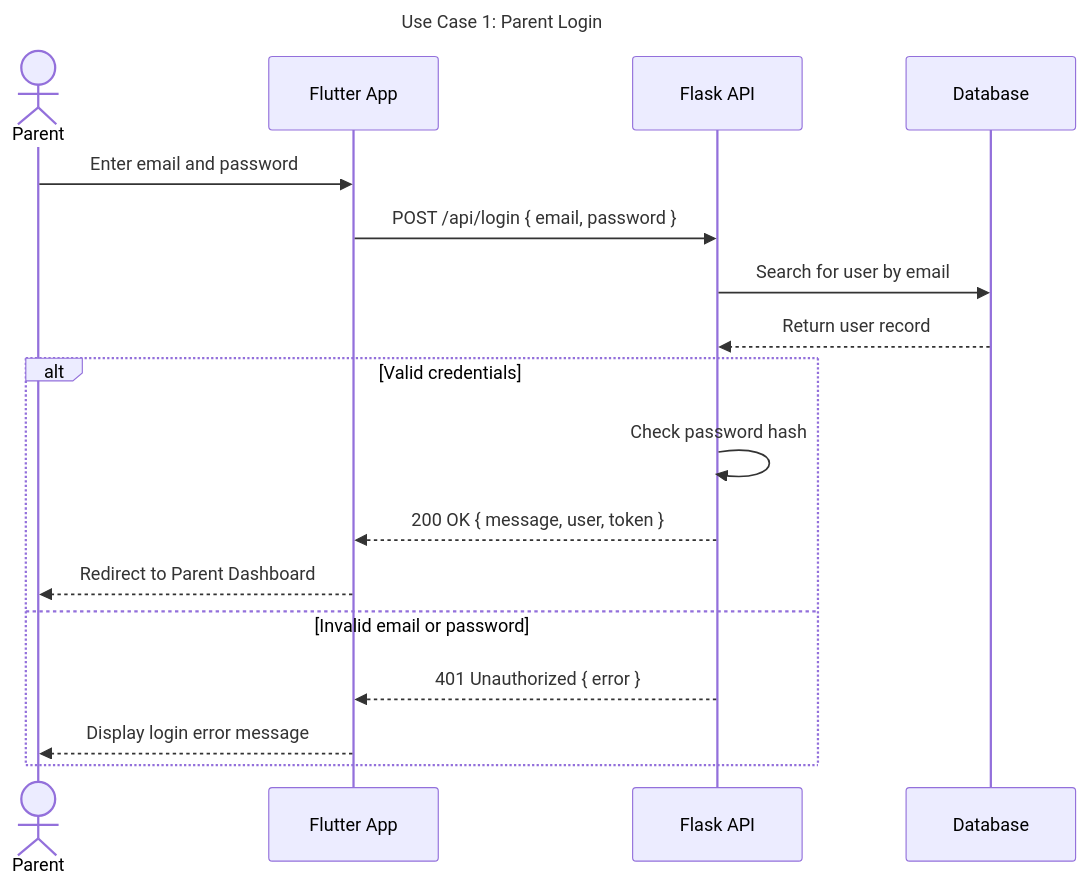
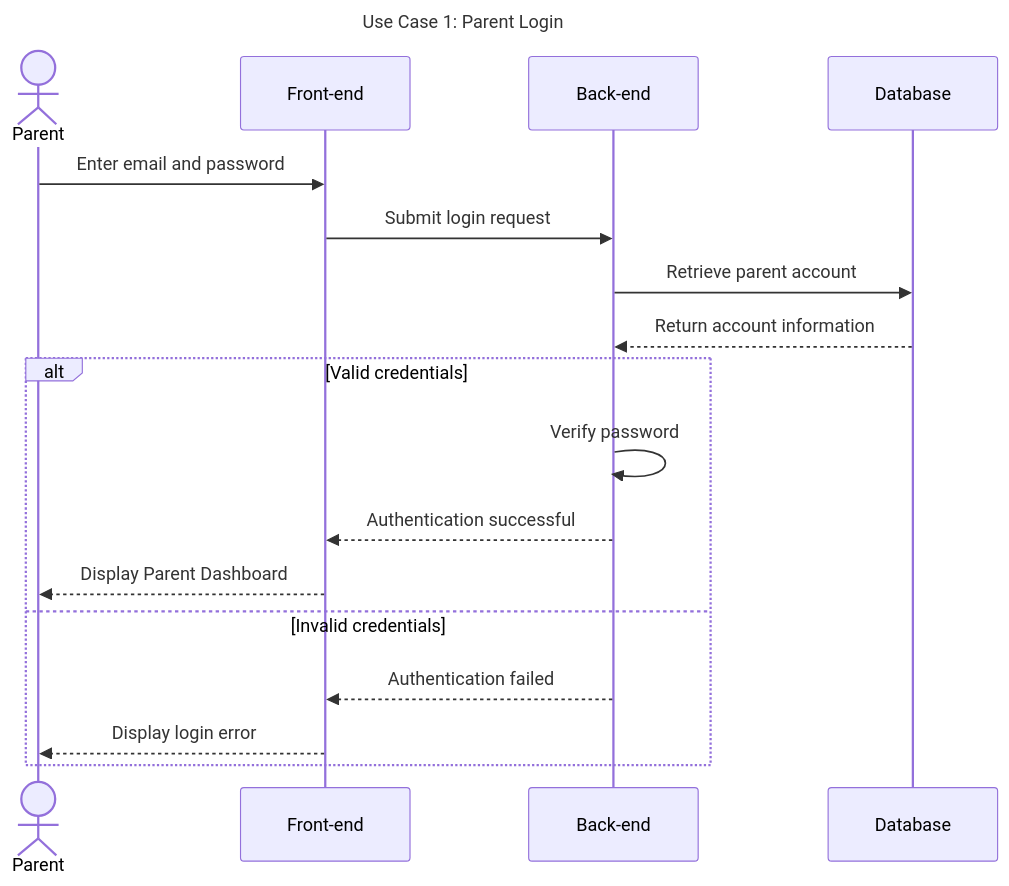
Before and after one commit to Norahxj/HolbertonSchool-Portfolio_Project: the third of 7 diagrams in STAGE3/Asalah_Technical_Documentation.md, drawn with Mermaid. The commit also changed other lines of this file and 2 other files, not shown here.

````diff
--- a/STAGE3/Asalah_Technical_Documentation.md
+++ b/STAGE3/Asalah_Technical_Documentation.md
@@ -415,23 +624,23 @@
 ```mermaid
 sequenceDiagram
     title Use Case 1: Parent Login
 
     actor Parent
-    participant FlutterApp as Flutter App
-    participant FlaskAPI as Flask API
-    participant Database as Database
+    participant FrontEnd as Front-end
+    participant BackEnd as Back-end
+    participant Database
 
-    Parent->>FlutterApp: Enter email and password
-    FlutterApp->>FlaskAPI: POST /api/login { email, password }
-    FlaskAPI->>Database: Search for user by email
-    Database-->>FlaskAPI: Return user record
+    Parent->>FrontEnd: Enter email and password
+    FrontEnd->>BackEnd: Submit login request
+    BackEnd->>Database: Retrieve parent account
+    Database-->>BackEnd: Return account information
 
     alt Valid credentials
-        FlaskAPI->>FlaskAPI: Check password hash
-        FlaskAPI-->>FlutterApp: 200 OK { message, user, token }
-        FlutterApp-->>Parent: Redirect to Parent Dashboard
-    else Invalid email or password
-        FlaskAPI-->>FlutterApp: 401 Unauthorized { error }
-        FlutterApp-->>Parent: Display login error message
+        BackEnd->>BackEnd: Verify password
+        BackEnd-->>FrontEnd: Authentication successful
+        FrontEnd-->>Parent: Display Parent Dashboard
+    else Invalid credentials
+        BackEnd-->>FrontEnd: Authentication failed
+        FrontEnd-->>Parent: Display login error
     end
 ```
````
